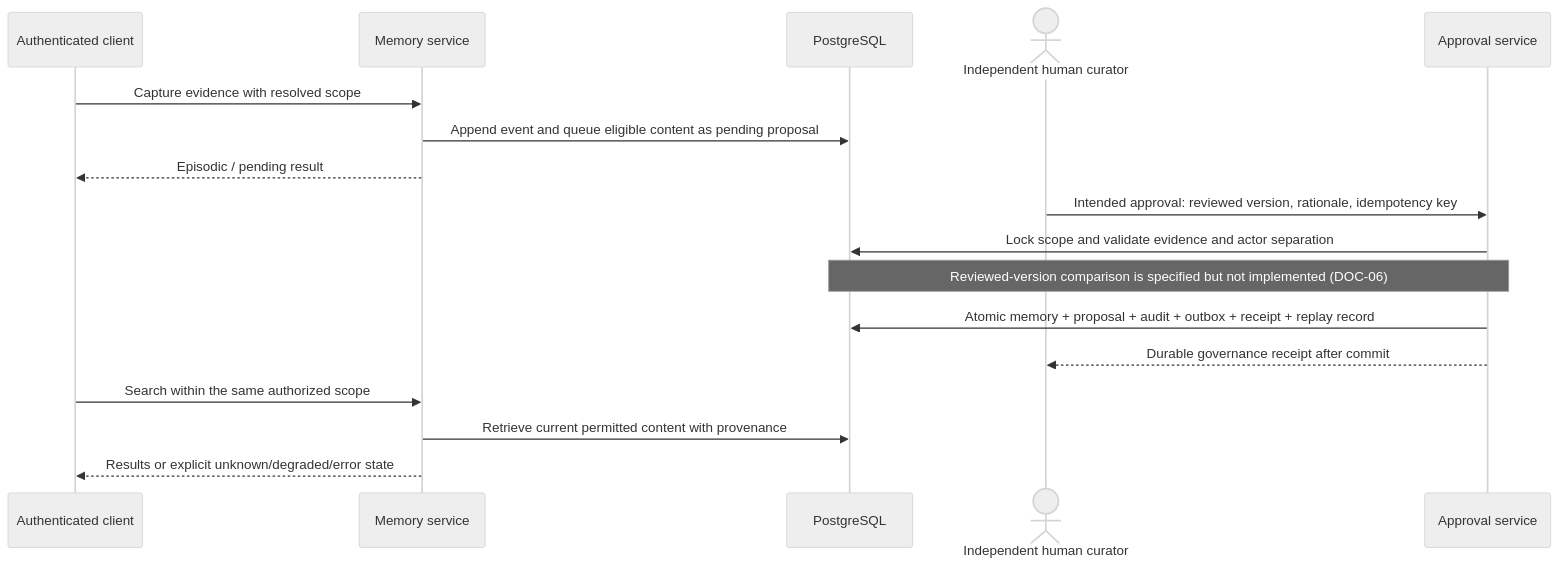
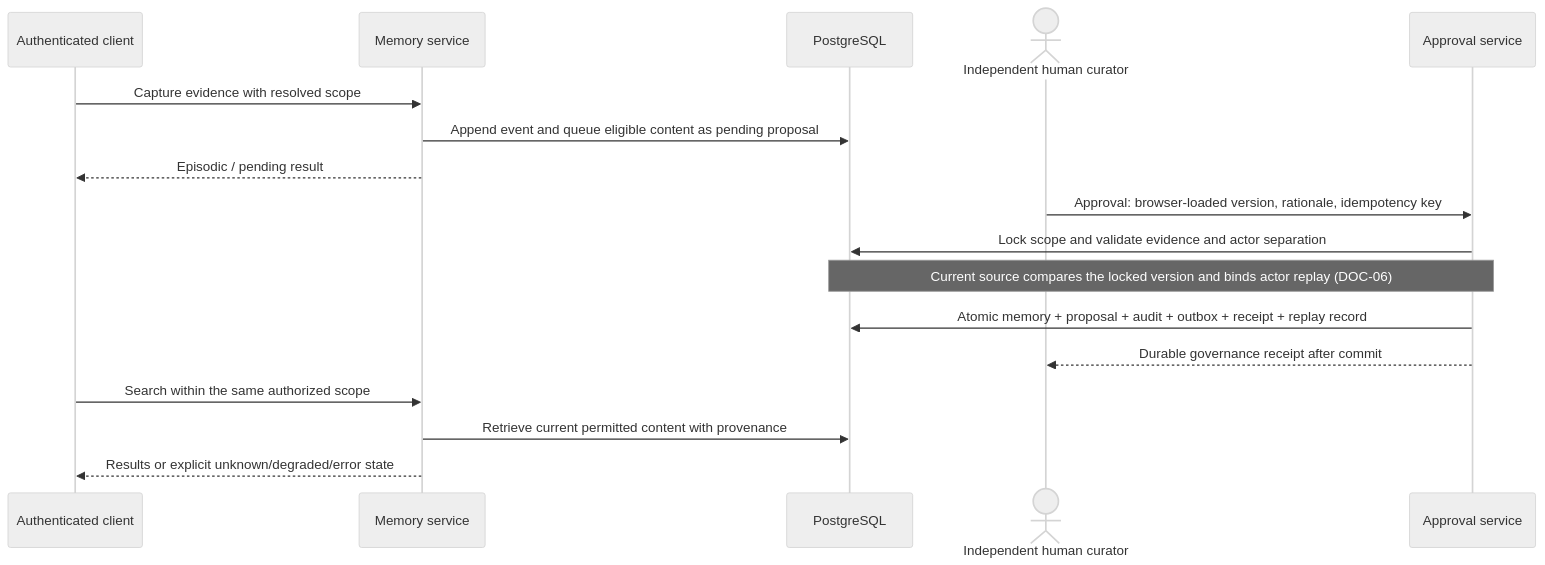
One commit to Allura-Ecosystem/Allura_Memory changed the second of 8 diagrams in docs/allura/SOLUTION-ARCHITECTURE.md. Above: the diagram before and after it, drawn with Mermaid (neutral theme). The commit also changed other lines of this file and 24 other files, not shown here.

Commit message:
fix(approval): close reviewed-version bypasses

````diff
--- a/docs/allura/SOLUTION-ARCHITECTURE.md
+++ b/docs/allura/SOLUTION-ARCHITECTURE.md
@@ -94,19 +94,19 @@
 ```mermaid
 sequenceDiagram
     participant Client as Authenticated client
     participant Capture as Memory service
     participant PG as PostgreSQL
     actor Reviewer as Independent human curator
     participant Approval as Approval service
     Client->>Capture: Capture evidence with resolved scope
     Capture->>PG: Append event and queue eligible content as pending proposal
     Capture-->>Client: Episodic / pending result
-    Reviewer->>Approval: Intended approval: reviewed version, rationale, idempotency key
+    Reviewer->>Approval: Approval: browser-loaded version, rationale, idempotency key
     Approval->>PG: Lock scope and validate evidence and actor separation
-    Note over Approval,PG: Reviewed-version comparison is specified but not implemented (DOC-06)
+    Note over Approval,PG: Current source compares the locked version and binds actor replay (DOC-06)
     Approval->>PG: Atomic memory + proposal + audit + outbox + receipt + replay record
     Approval-->>Reviewer: Durable governance receipt after commit
     Client->>Capture: Search within the same authorized scope
     Capture->>PG: Retrieve current permitted content with provenance
     Capture-->>Client: Results or explicit unknown/degraded/error state
 ```
````
